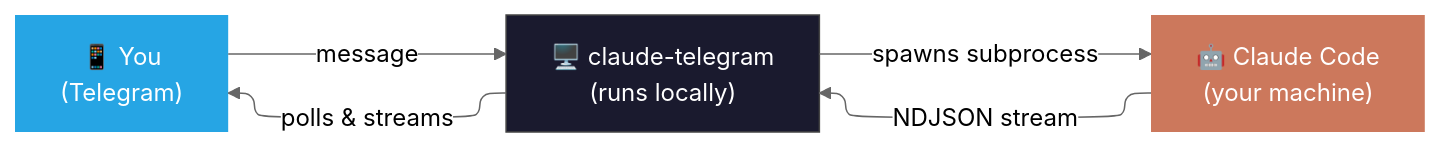
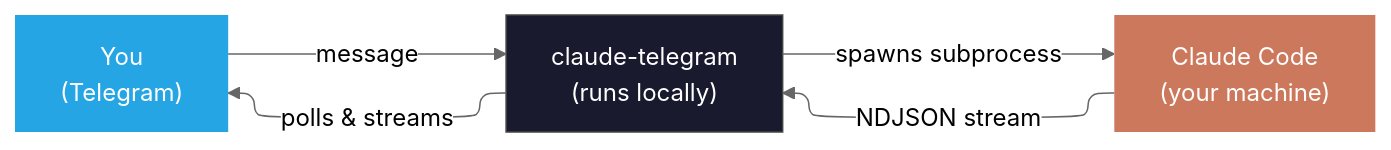
The diagram in README.md (alexnodeland/claude-telegram), drawn with Mermaid (neutral theme) before and after one commit. The commit also changed other lines of this file and 5 other files, not shown here.

````diff
--- a/README.md
+++ b/README.md
@@ -19,15 +28,15 @@
 ```mermaid
 ---
 config:
   layout: elk
 ---
 graph LR
-  A["📱 You\n(Telegram)"] -->|message| B["🖥️ claude-telegram\n(runs locally)"]
+  A["You\n(Telegram)"] -->|message| B["claude-telegram\n(runs locally)"]
   B -->|polls & streams| A
-  B -->|spawns subprocess| C["🤖 Claude Code\n(your machine)"]
+  B -->|spawns subprocess| C["Claude Code\n(your machine)"]
   C -->|NDJSON stream| B
 
   style A fill:#26A5E4,color:#fff,stroke:none
   style B fill:#1a1a2e,color:#fff,stroke:#444
   style C fill:#cc785c,color:#fff,stroke:none
 ```
````
